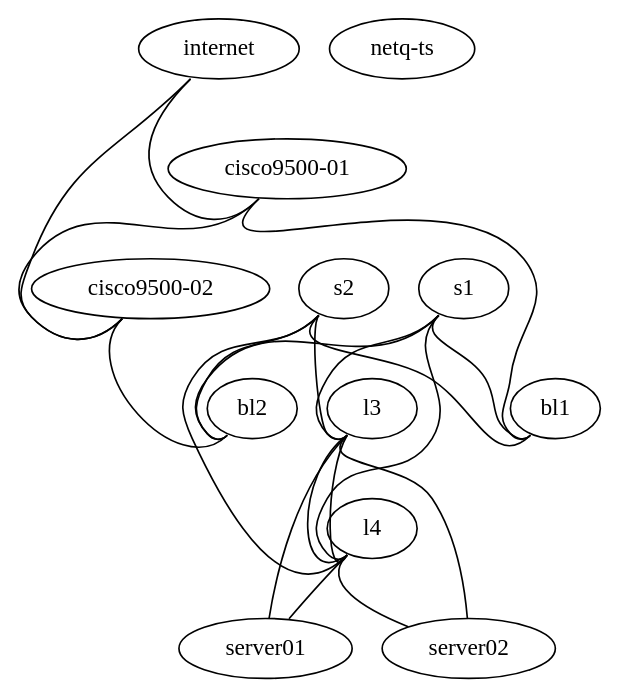
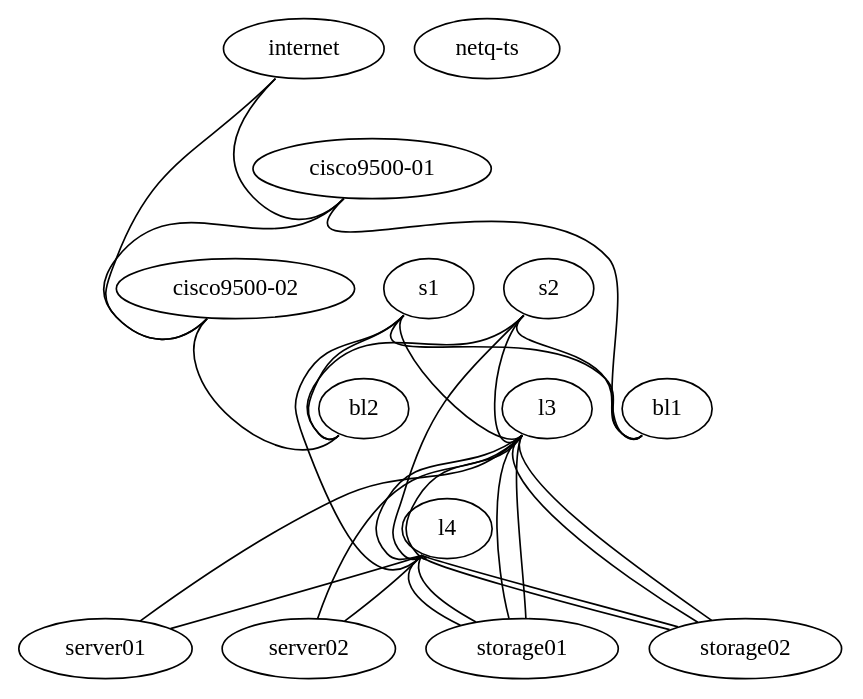
The diagram in vx_simulation/site.dot (Cloudofyou/poc-old-oneok), drawn with Graphviz before and after one commit. The commit also changed 8 other files, not shown here.

```diff
--- a/vx_simulation/site.dot
+++ b/vx_simulation/site.dot
@@ -1,37 +1,46 @@
 graph site {
  "internet" [function="internet" os="CumulusCommunity/cumulus-vx" version="3.7.5" memory="1024" config="./helper_scripts/extra_switch_config.sh" mgmt_ip="192.168.200.1"]
  "cisco9500-01" [function="cisco" os="CumulusCommunity/cumulus-vx" version="3.7.5" memory="1024" config="./helper_scripts/extra_switch_config.sh" mgmt_ip="192.168.200.2"]
  "cisco9500-02" [function="cisco" os="CumulusCommunity/cumulus-vx" version="3.7.5" memory="1024" config="./helper_scripts/extra_switch_config.sh" mgmt_ip="192.168.200.3"]
  "s1" [function="spine" os="CumulusCommunity/cumulus-vx" version="3.7.5" memory="1024" config="./helper_scripts/extra_switch_config.sh" mgmt_ip="192.168.200.4"]
  "s2" [function="spine" os="CumulusCommunity/cumulus-vx" version="3.7.5" memory="1024" config="./helper_scripts/extra_switch_config.sh" mgmt_ip="192.168.200.5"]
  "bl1" [function="leaf" os="CumulusCommunity/cumulus-vx" version="3.7.5" memory="1024" config="./helper_scripts/extra_switch_config.sh" mgmt_ip="192.168.200.6"]
  "bl2" [function="leaf" os="CumulusCommunity/cumulus-vx" version="3.7.5" memory="1024" config="./helper_scripts/extra_switch_config.sh" mgmt_ip="192.168.200.7"]
  "l3" [function="leaf" os="CumulusCommunity/cumulus-vx" version="3.7.5" memory="1024" config="./helper_scripts/extra_switch_config.sh" mgmt_ip="192.168.200.8"]
  "l4" [function="leaf" os="CumulusCommunity/cumulus-vx" version="3.7.5" memory="1024" config="./helper_scripts/extra_switch_config.sh" mgmt_ip="192.168.200.9"]
  "server01" [function="host" os="yk0/ubuntu-xenial" memory="768" config="./helper_scripts/extra_server_config.sh" mgmt_ip="192.168.200.10"]
  "server02" [function="host" os="yk0/ubuntu-xenial" memory="768" config="./helper_scripts/extra_server_config.sh" mgmt_ip="192.168.200.11"]
+ "storage01" [function="host" os="yk0/ubuntu-xenial" memory="768" config="./helper_scripts/extra_server_config.sh" mgmt_ip="192.168.200.12"]
+ "storage02" [function="host" os="yk0/ubuntu-xenial" memory="768" config="./helper_scripts/extra_server_config.sh" mgmt_ip="192.168.200.13"]
  "netq-ts" [function="host" config="./helper_scripts/extra_server_config.sh" mgmt_ip="192.168.200.250" memory="2048" os="cumulus/ts"]
-
 
 
 "internet":"swp1" -- "cisco9500-01":"swp4"
 "internet":"swp2" -- "cisco9500-02":"swp4"
 "cisco9500-01":"swp1" -- "bl1":"swp25"
 "cisco9500-02":"swp1" -- "bl2":"swp55"
 "cisco9500-01":"swp3" -- "cisco9500-02":"swp3"
 
 "s1":"swp1" -- "bl1":"swp29"
 "s1":"swp2" -- "bl2":"swp53"
 "s1":"swp3" -- "l3":"swp53"
 "s1":"swp4" -- "l4":"swp53"
 "s2":"swp1" -- "bl1":"swp30"
 "s2":"swp2" -- "bl2":"swp54"
 "s2":"swp3" -- "l3":"swp54"
 "s2":"swp4" -- "l4":"swp54"
 "l3":"swp1" -- "server01":"eth1"
 "l3":"swp2" -- "server02":"eth1"
 "l4":"swp1" -- "server01":"eth2"
 "l4":"swp2" -- "server02":"eth2"
 "l3":"swp55" -- "l4":"swp55"
 "l3":"swp56" -- "l4":"swp56"
+"l3":"swp3" -- "storage01":"eth1"
+"l3":"swp4" -- "storage01":"eth2"
+"l3":"swp5" -- "storage02":"eth1"
+"l3":"swp6" -- "storage02":"eth2"
+"l4":"swp3" -- "storage01":"eth3"
+"l4":"swp4" -- "storage01":"eth4"
+"l4":"swp5" -- "storage02":"eth3"
+"l4":"swp6" -- "storage02":"eth4"
 }
```
